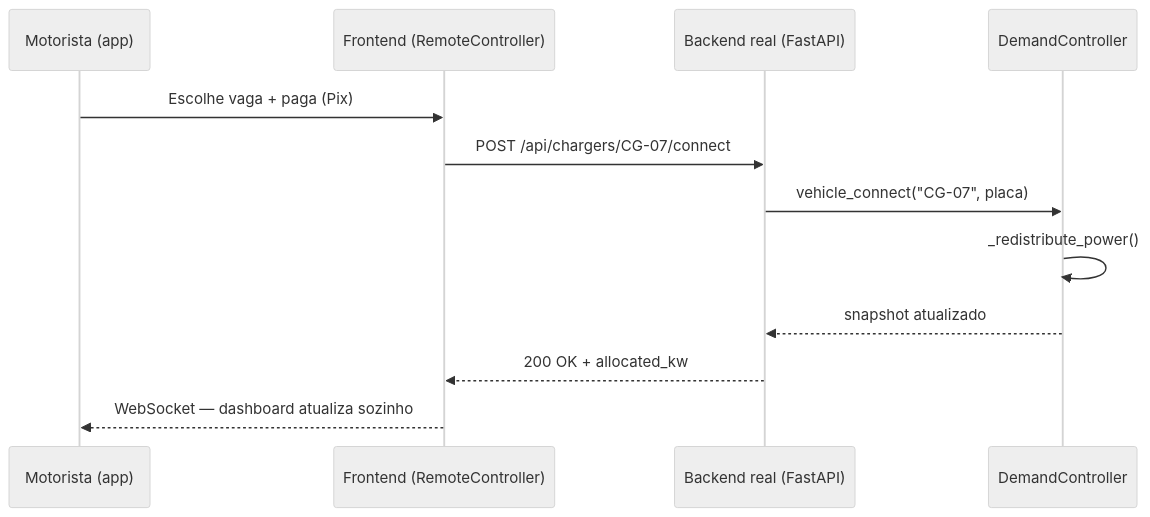
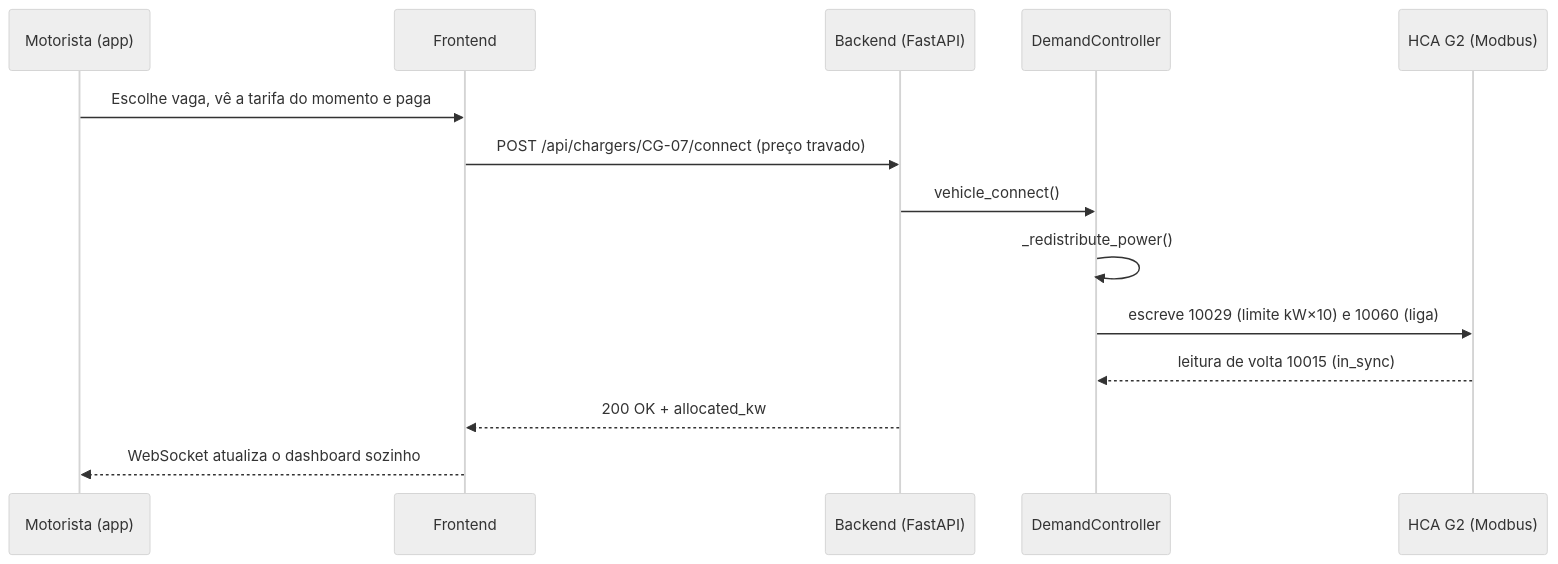
The third of 3 diagrams in README.md (gabriela-angel/chargegrid_challenge), drawn with Mermaid (neutral theme) before and after one commit. The commit also changed other lines of this file and 73 other files, not shown here.

````diff
--- a/README.md
+++ b/README.md
@@ -123,15 +140,17 @@
 ```mermaid
 sequenceDiagram
     participant U as Motorista (app)
-    participant F as Frontend (RemoteController)
-    participant B as Backend real (FastAPI)
+    participant F as Frontend
+    participant B as Backend (FastAPI)
     participant DC as DemandController
+    participant HW as HCA G2 (Modbus)
 
-    U->>F: Escolhe vaga + paga (Pix)
-    F->>B: POST /api/chargers/CG-07/connect
-    B->>DC: vehicle_connect("CG-07", placa)
+    U->>F: Escolhe vaga, vê a tarifa do momento e paga
+    F->>B: POST /api/chargers/CG-07/connect (preço travado)
+    B->>DC: vehicle_connect()
     DC->>DC: _redistribute_power()
-    DC-->>B: snapshot atualizado
+    DC->>HW: escreve 10029 (limite kW×10) e 10060 (liga)
+    HW-->>DC: leitura de volta 10015 (in_sync)
     B-->>F: 200 OK + allocated_kw
-    F-->>U: WebSocket — dashboard atualiza sozinho
+    F-->>U: WebSocket atualiza o dashboard sozinho
 ```
````
